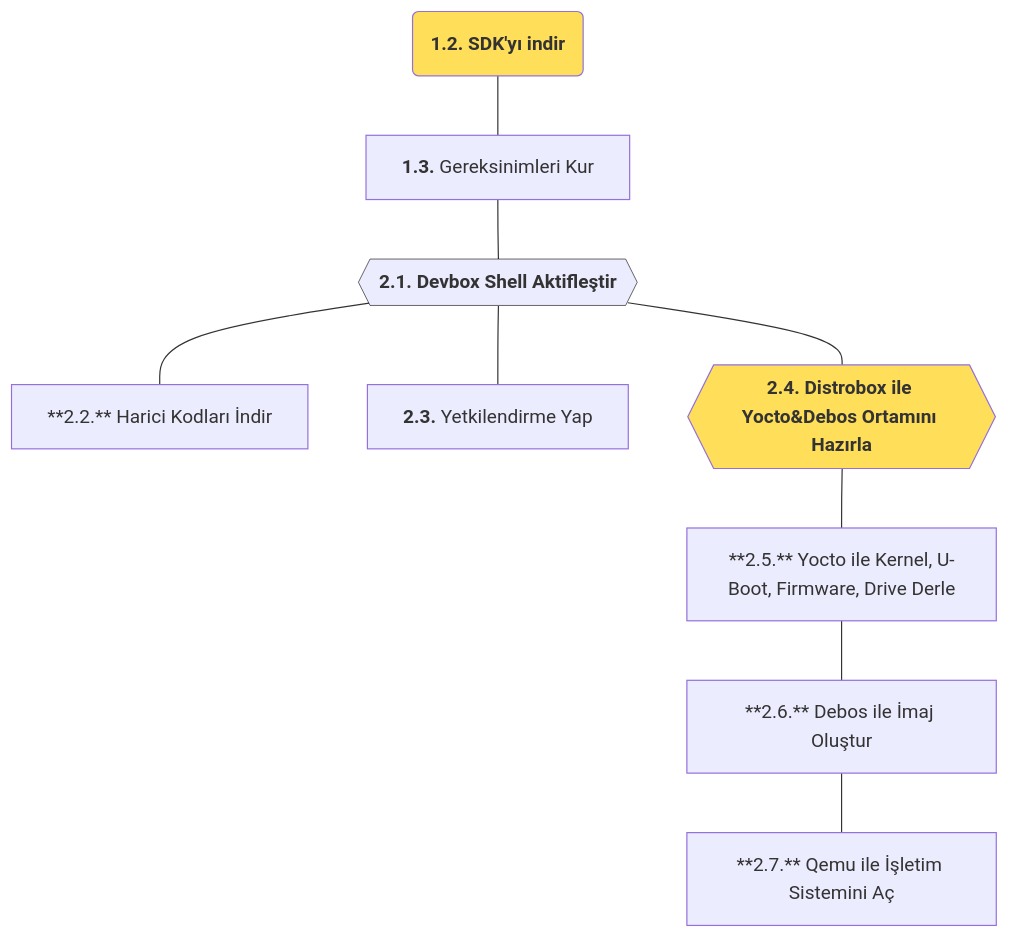
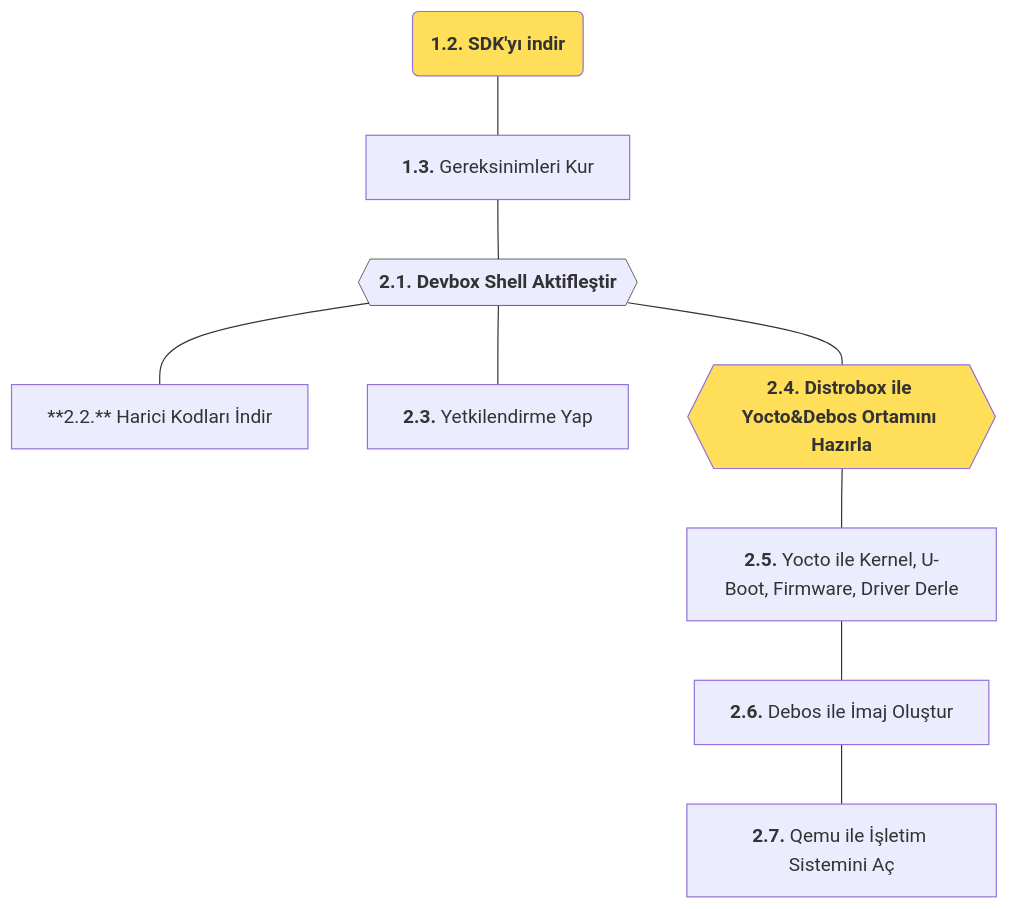
The diagram in tr/sdk/introduction.mdx (t3gemstone/docs), drawn with Mermaid before and after one commit. The commit also changed 176 other files, not shown here.

````diff
--- a/tr/sdk/introduction.mdx
+++ b/tr/sdk/introduction.mdx
@@ -68,17 +68,17 @@
 ```mermaid
 flowchart
 	n1@{ shape: "diam", label: "git clone işlemi yap" }
 	n1@{ shape: "diam", label: "**1.2. SDK'yı indir**" } --- n2@{ label: "**1.3.** Gereksinimleri Kur" }
 	n2@{ label: "**1.3.** Gereksinimleri Kur" } --- n3["Devbox Shell Aktifleştir"]@{ shape: "diam" }
 	n3 --- n4["**2.2.** Harici Kodları İndir"]
 	n3 --- n5@{ label: "**2.3.** Yetkilendirme Yap" }
 	n3@{ shape: "hex", label: "**2.1. Devbox Shell Aktifleştir**" } --- n6@{ shape: "hex", label: "**2.4.** Distrobox ile Yocto&Debos Ortamını Hazırla" }
-	n6@{ shape: "hex", label: "**2.4. Distrobox ile Yocto&Debos Ortamını Hazırla**" } --- n7["**2.5.** Yocto ile Çekirdek (Linux Kernel, U-Boot, Firmware, Driver) Derle"]
+	n6@{ shape: "hex", label: "**2.4. Distrobox ile Yocto&Debos Ortamını Hazırla**" } --- n7@{ label: "**2.5.** Yocto ile Çekirdek (Linux Kernel, U-Boot, Firmware, Driver) Derle" }
 	n1@{ shape: "rounded", label: "**1.2. SDK'yı indir**" }
-	n7["**2.5.** Yocto ile Kernel, U-Boot, Firmware, Drive Derle"]
-	n7 --- n10["**2.6.** Debos ile İmaj Oluştur"]
-	n10 --- n11["**2.7.** Qemu ile İşletim Sistemini Aç"]
+	n7@{ label: "**2.5.** Yocto ile Kernel, U-Boot, Firmware, Driver Derle" }
+	n7 --- n10@{ label: "**2.6.** Debos ile İmaj Oluştur" }
+	n10 --- n11@{ label: "**2.7.** Qemu ile İşletim Sistemini Aç" }
 	style n1 fill:#FFDE59
 	style n3 stroke-width:0.5px,stroke:#000000
 	style n6 fill:#FFDE59
 ```
````
